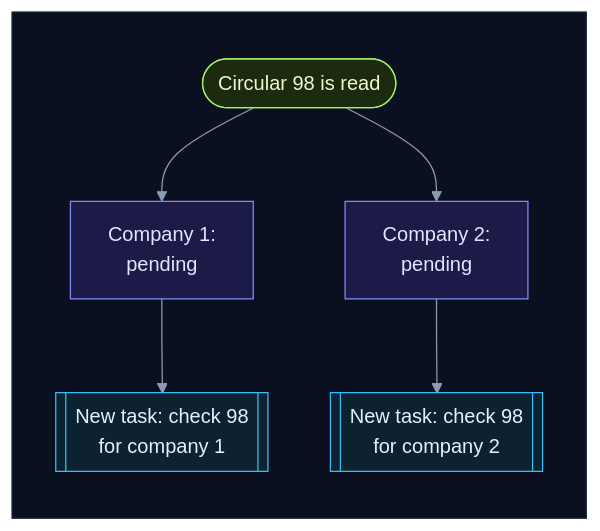
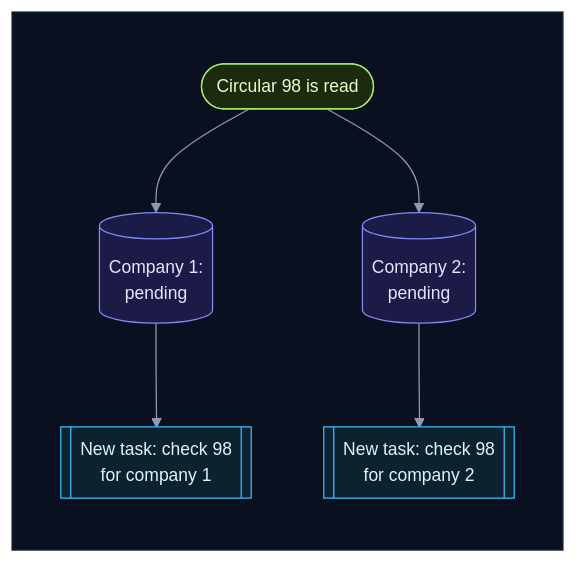
One commit to selvakumarperumal/Regulatory_Circular_Impact_Agent changed diagram 14 of 45 in backend/worker/INTERNALS.md. Above: the diagram before and after it, drawn with Mermaid. The commit also changed other lines of this file and 5 other files, not shown here.

Commit message:
Give the docs' flowcharts a shape per kind of part, more room and slightly smaller text

````diff
--- a/backend/worker/INTERNALS.md
+++ b/backend/worker/INTERNALS.md
@@ -821,25 +821,25 @@
 ```mermaid
-%%{init: {"theme": "base", "flowchart": {"diagramPadding": 0}, "themeVariables": {"darkMode": true, "primaryColor": "#16213a", "primaryTextColor": "#e6edf7", "primaryBorderColor": "#475a7a", "lineColor": "#8b9bb4", "secondaryColor": "#1b2436", "tertiaryColor": "#101a2e", "edgeLabelBackground": "#0f172a", "textColor": "#e2e8f0", "clusterBkg": "#0f1728", "clusterBorder": "#2b3a55", "titleColor": "#c4b5fd", "nodeTextColor": "#e6edf7"}}}%%
+%%{init: {"theme": "base", "flowchart": {"diagramPadding": 0, "nodeSpacing": 58, "rankSpacing": 58, "curve": "basis"}, "themeVariables": {"fontSize": "14px", "darkMode": true, "primaryColor": "#16213a", "primaryTextColor": "#e6edf7", "primaryBorderColor": "#475a7a", "lineColor": "#8b9bb4", "secondaryColor": "#1b2436", "tertiaryColor": "#101a2e", "edgeLabelBackground": "#0f172a", "textColor": "#e2e8f0", "clusterBkg": "#0f1728", "clusterBorder": "#2b3a55", "titleColor": "#c4b5fd", "nodeTextColor": "#e6edf7"}}}%%
 flowchart TD
     subgraph canvas[" "]
         direction TB
-        c(["Circular 98 is read"]) --> a1["Company 1:<br/>pending"]
-        c --> a2["Company 2:<br/>pending"]
+        c(["Circular 98 is read"]) --> a1[("Company 1:<br/>pending")]
+        c --> a2[("Company 2:<br/>pending")]
         a1 --> t1[["New task: check 98<br/>for company 1"]]
         a2 --> t2[["New task: check 98<br/>for company 2"]]
     end
     classDef svc fill:#0e2a2c,stroke:#2dd4bf,color:#ccfbf1
     classDef data fill:#1c1a47,stroke:#818cf8,color:#e0e7ff
     classDef ext fill:#2a1640,stroke:#c084fc,color:#f3e8ff
     classDef gpu fill:#2d1b0c,stroke:#fb923c,color:#ffedd5
     classDef ask fill:#2a2410,stroke:#fbbf24,color:#fef3c7
     classDef ok fill:#0b2a1c,stroke:#34d399,color:#d1fae5
     classDef bad fill:#2e0f17,stroke:#fb7185,color:#ffe4e6
     classDef start fill:#1c2a0e,stroke:#a7ef6f,color:#ecfccb
     classDef muted fill:#1a2130,stroke:#64748b,color:#cbd5e1
     classDef queue fill:#0c2231,stroke:#38bdf8,color:#e0f2fe
     class c start
     class a1,a2 data
     class t1,t2 queue
     style canvas fill:#0b1020,stroke:#1e293b,color:#0b1020
 ```
````
